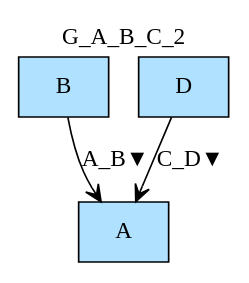
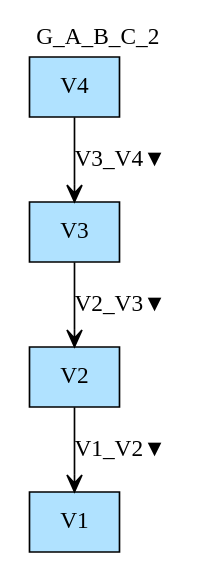
The diagram in Haskell/FragmentaTests/GTests/img/G_A_B_C_2.gv (namalio/Fragmenta), drawn with Graphviz before and after one commit. The commit also changed 43 other files, not shown here.

```diff
--- a/Haskell/FragmentaTests/GTests/img/G_A_B_C_2.gv
+++ b/Haskell/FragmentaTests/GTests/img/G_A_B_C_2.gv
@@ -1,8 +1,10 @@
 digraph {graph[label=G_A_B_C_2,labelloc=tl,labelfontsize=12];
-"B"[shape=box,fillcolor=lightskyblue1,style = filled,label="B"];
-"D"[shape=box,fillcolor=lightskyblue1,style = filled,label="D"];
-"A"[shape=box,fillcolor=lightskyblue1,style = filled,label="A"];
+"V1"[shape=box,fillcolor=lightskyblue1,style = filled,label="V1"];
+"V2"[shape=box,fillcolor=lightskyblue1,style = filled,label="V2"];
+"V3"[shape=box,fillcolor=lightskyblue1,style = filled,label="V3"];
+"V4"[shape=box,fillcolor=lightskyblue1,style = filled,label="V4"];
 
-"B"->"A"[label="A_B▼",arrowhead=vee];
-"D"->"A"[label="C_D▼",arrowhead=vee];
+"V2"->"V1"[label="V1_V2▼",arrowhead=vee];
+"V3"->"V2"[label="V2_V3▼",arrowhead=vee];
+"V4"->"V3"[label="V3_V4▼",arrowhead=vee];
 }
```
